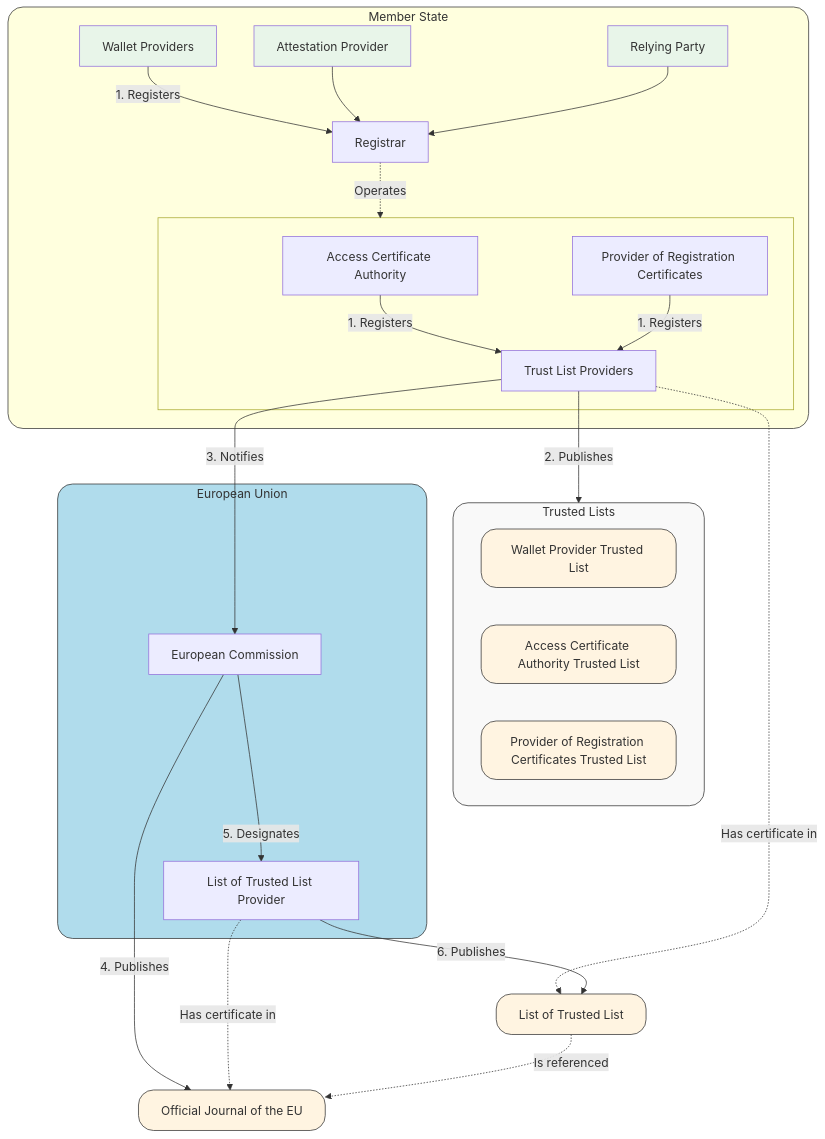
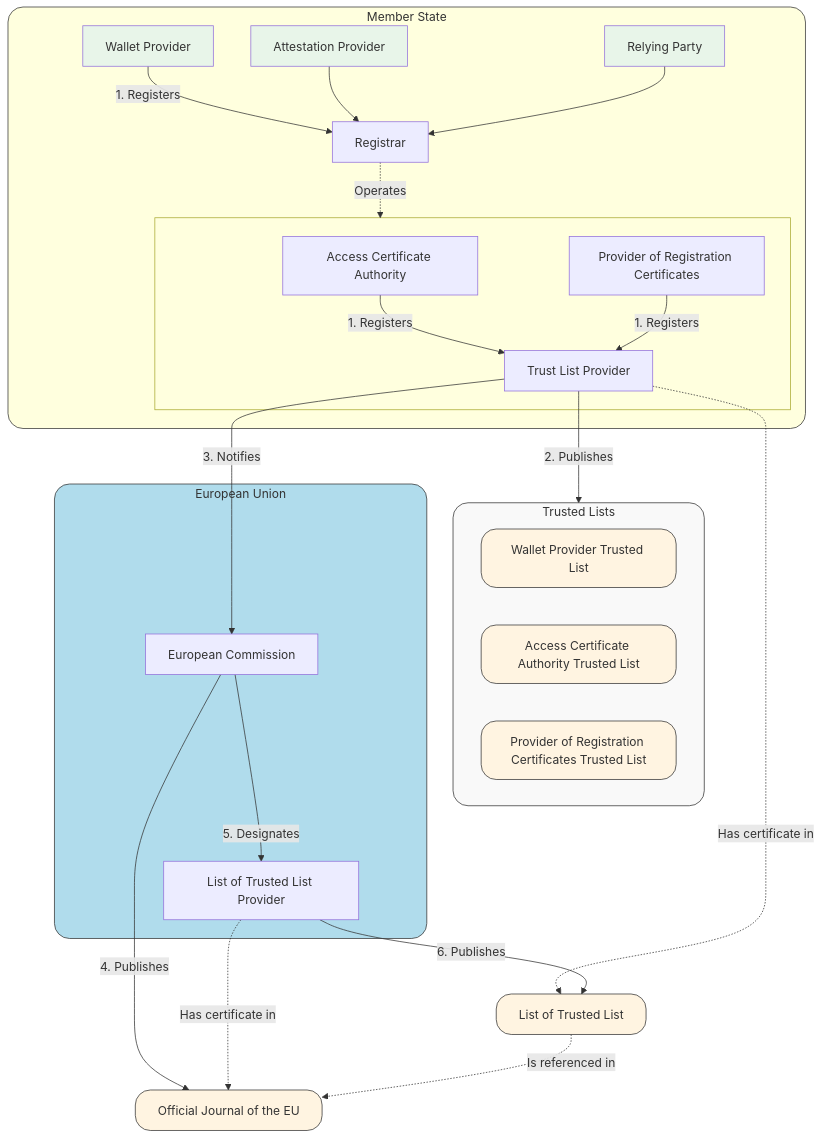
One commit to APTITUDE-Consortium/wp2-trust-specifications changed the second of 3 diagrams in topics/trust-architecture.md. Above: the diagram before and after it, drawn with Mermaid. The commit also changed other lines of this file, not shown here.

````diff
--- a/topics/trust-architecture.md
+++ b/topics/trust-architecture.md
@@ -105,62 +105,62 @@
 ```mermaid
 graph TB
     %% Participants
 
     subgraph MS["Member State"]
         AP["Attestation Provider"]
         RP[Relying Party]
-        WP["Wallet Providers"]
+        WP["Wallet Provider"]
         Registrar
         subgraph Child[" "]
             ACA["Access Certificate Authority"]
             RCP["Provider of Registration Certificates"]
-            MSTLSO["Trust List Providers"]
+            MSTLSO["Trust List Provider"]
         end
     end
 
 
     subgraph TL["Trusted Lists"]
         WPTL[Wallet Provider Trusted List]
         ACATL[Access Certificate Authority Trusted List]
         RCPTL[Provider of Registration Certificates Trusted List]
     end
     
     subgraph eu["European Union"]
         EC["European Commission"]
         LoTLSO["List of Trusted List Provider"]
     end
 
     LoTL["List of Trusted List"]
     OJEU["Official Journal of the EU"]
 
     %% --- Styles ---
 
     style eu fill:#b0dcec,stroke:#333,stroke-width:1px,rx:20,ry:20
     style MS stroke:#333,stroke-width:1px,rx:20,ry:20
     style TL fill:#f9f9f9,stroke:#333,stroke-width:1px,rx:20,ry:20
     style WPTL fill:#fff4e1,stroke:#333,stroke-width:1px,rx:20,ry:20
     style ACATL fill:#fff4e1,stroke:#333,stroke-width:1px,rx:20,ry:20
     style RCPTL fill:#fff4e1,stroke:#333,stroke-width:1px,rx:20,ry:20
     style OJEU fill:#fff4e1,stroke:#333,stroke-width:1px,rx:20,ry:20
     style LoTL fill:#fff4e1,stroke:#333,stroke-width:1px,rx:20,ry:20
     style WP fill:#e8f5e9
     style AP fill:#e8f5e9
     style RP fill:#e8f5e9
 
     %% --- Connections ---
 
     WP -->|1. Registers| Registrar
     AP --> Registrar
     RP --> Registrar
     Registrar -.->|Operates| Child
     ACA -->|1. Registers| MSTLSO
     RCP -->|1. Registers| MSTLSO
     MSTLSO -->|2. Publishes| TL
     MSTLSO -->|3. Notifies| EC
     MSTLSO -.->|Has certificate in| LoTL
     EC --> |4. Publishes| OJEU
     EC -->|5. Designates| LoTLSO
     LoTLSO -->|6. Publishes| LoTL
     LoTLSO -.->|Has certificate in| OJEU 
-    LoTL -.->|Is referenced| OJEU 
+    LoTL -.->|Is referenced in| OJEU 
 ```
````
